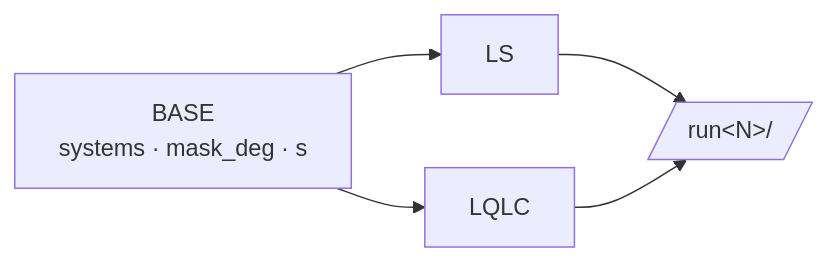
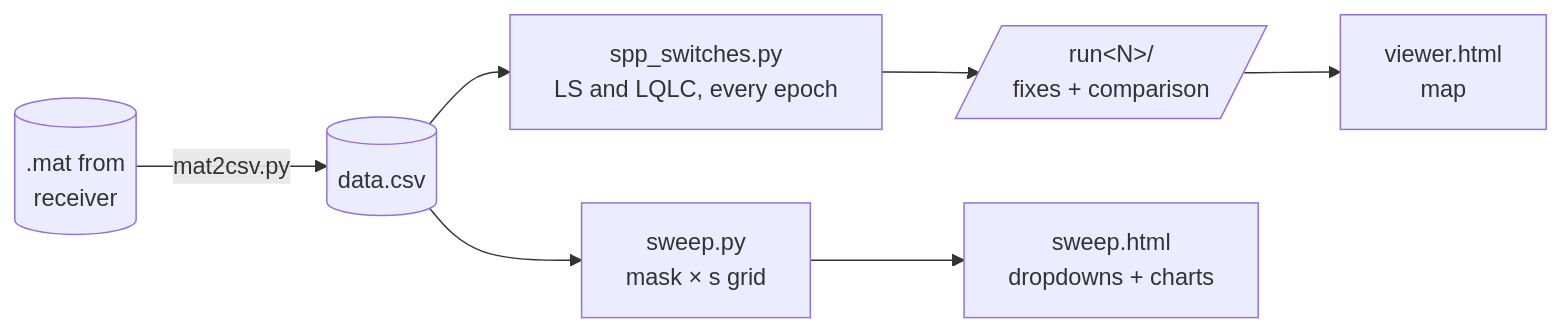
One commit to sing456123/FYP changed the second of 5 diagrams in README.md. Above: the diagram before and after it, drawn with Mermaid. The commit also changed other lines of this file and 251 other files, not shown here.

````diff
--- a/README.md
+++ b/README.md
@@ -88,7 +75,9 @@
 ```mermaid
 flowchart LR
-    B["BASE<br/>systems · mask_deg · s"] --> LS["LS"]
-    B --> LQ["LQLC"]
-    LS --> R[/"run&lt;N&gt;/"/]
-    LQ --> R
+    M[(".mat from<br/>receiver")] -->|mat2csv.py| D[(data.csv)]
+    D --> S["spp_switches.py<br/>LS and LQLC, every epoch"]
+    S --> R[/"run&lt;N&gt;/<br/>fixes + comparison"/]
+    R --> V["viewer.html<br/>map"]
+    D --> W["sweep.py<br/>mask × s grid"]
+    W --> WH["sweep.html<br/>dropdowns + charts"]
 ```
````
